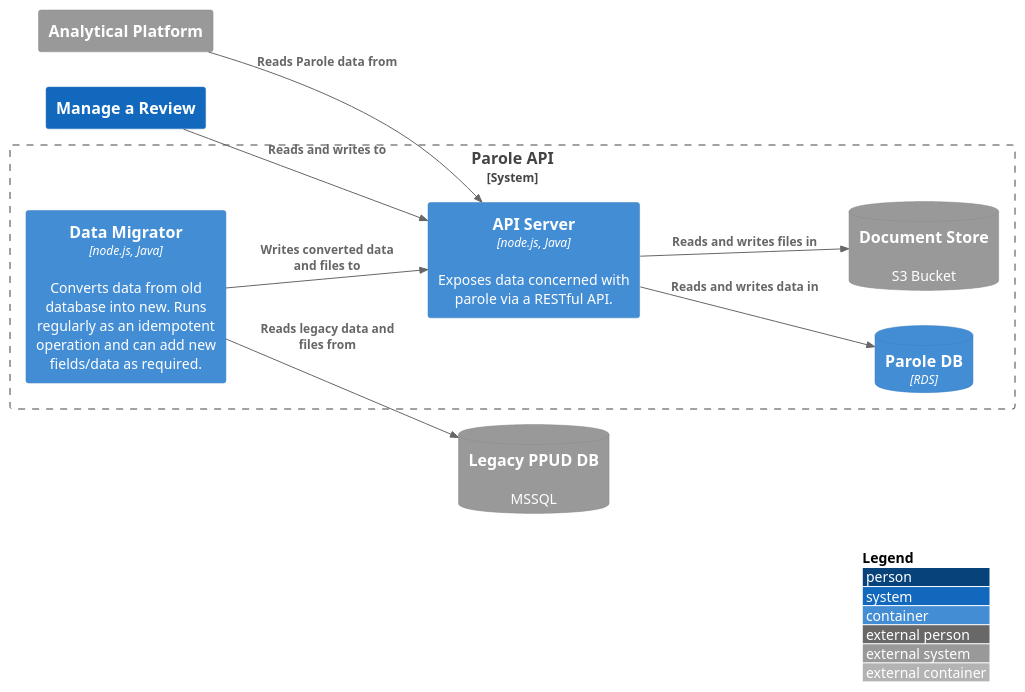
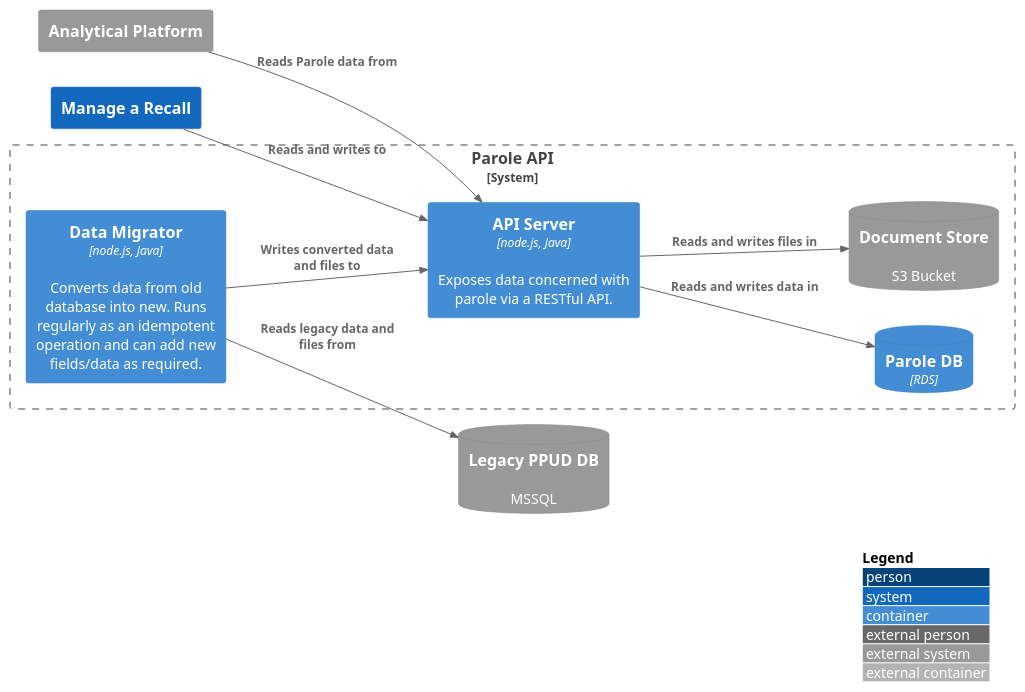
The diagram in c2_parole_api.puml (dxw/moj-ppud-alpha-technical-architecture), drawn with PlantUML before and after one commit. The commit also changed 2 other files, not shown here.

Commit message:
change review example to recall and add new APIs

```diff
--- a/c2_parole_api.puml
+++ b/c2_parole_api.puml
@@ -1,31 +1,31 @@
 @startuml Parole API
 !includeurl https://raw.githubusercontent.com/scott-wong/C4-PlantUML/master/C4_Container.puml
 
 LAYOUT_WITH_LEGEND()
 LAYOUT_LEFT_RIGHT()
 
 skinparam BackgroundColor #00000000
 
-System(review, "Manage a Review")
+System(recall, "Manage a Recall")
 System_Ext(analytics, "Analytical Platform")
 
 System_Boundary(paroleAPI, "Parole API") {
   Container(apiServer, "API Server", "node.js, Java", "Exposes data concerned with parole via a RESTful API.")
   Container(migrator, "Data Migrator", "node.js, Java", "Converts data from old database into new. Runs regularly as an idempotent operation and can add new fields/data as required.")
   ContainerDb(paroleDB, "Parole DB", "RDS")
   SystemDb_Ext(docStorage, "Document Store", "S3 Bucket")
 }
 
 SystemDb_Ext(legacyDB, "Legacy PPUD DB", "MSSQL")
 
-Rel(review, apiServer, "Reads and writes to")
+Rel(recall, apiServer, "Reads and writes to")
 Rel(analytics, apiServer, "Reads Parole data from")
 
 
 Rel(migrator, legacyDB, "Reads legacy data and files from")
 Rel(migrator, apiServer, "Writes converted data and files to")
 Rel(apiServer, paroleDB, "Reads and writes data in")
 Rel(apiServer, docStorage, "Reads and writes files in")
 
 
 @enduml
```
